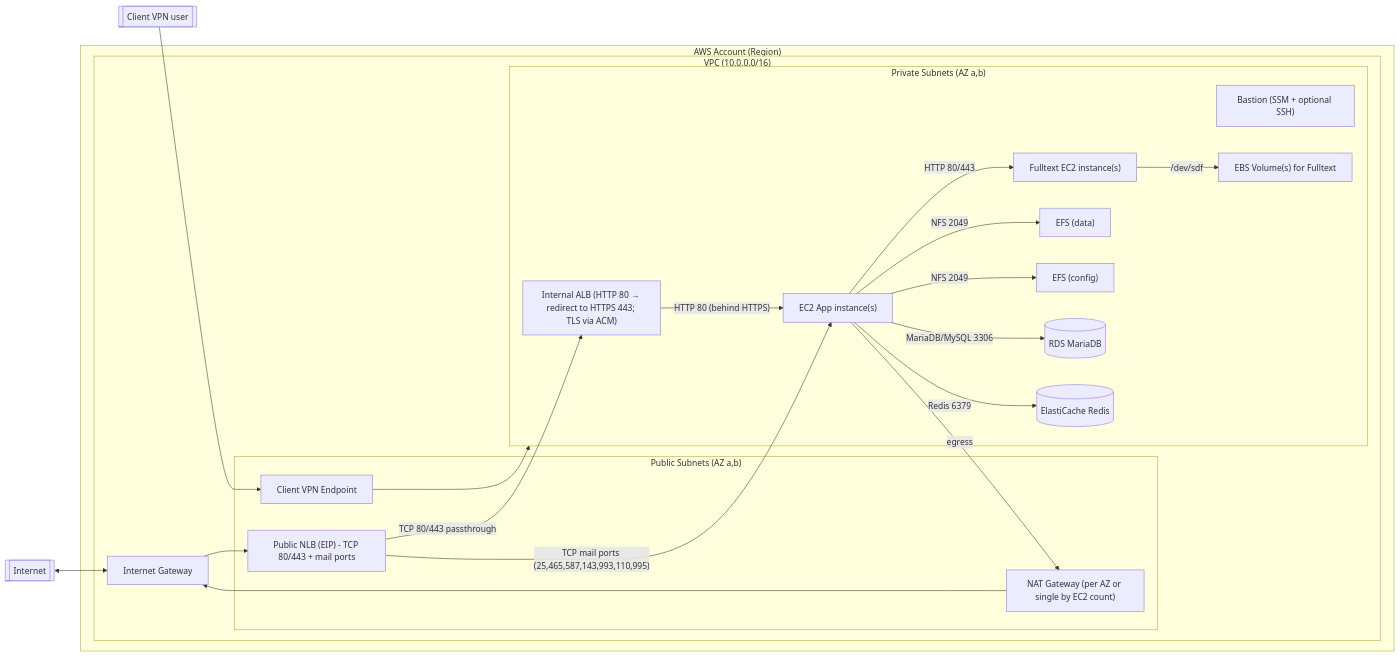
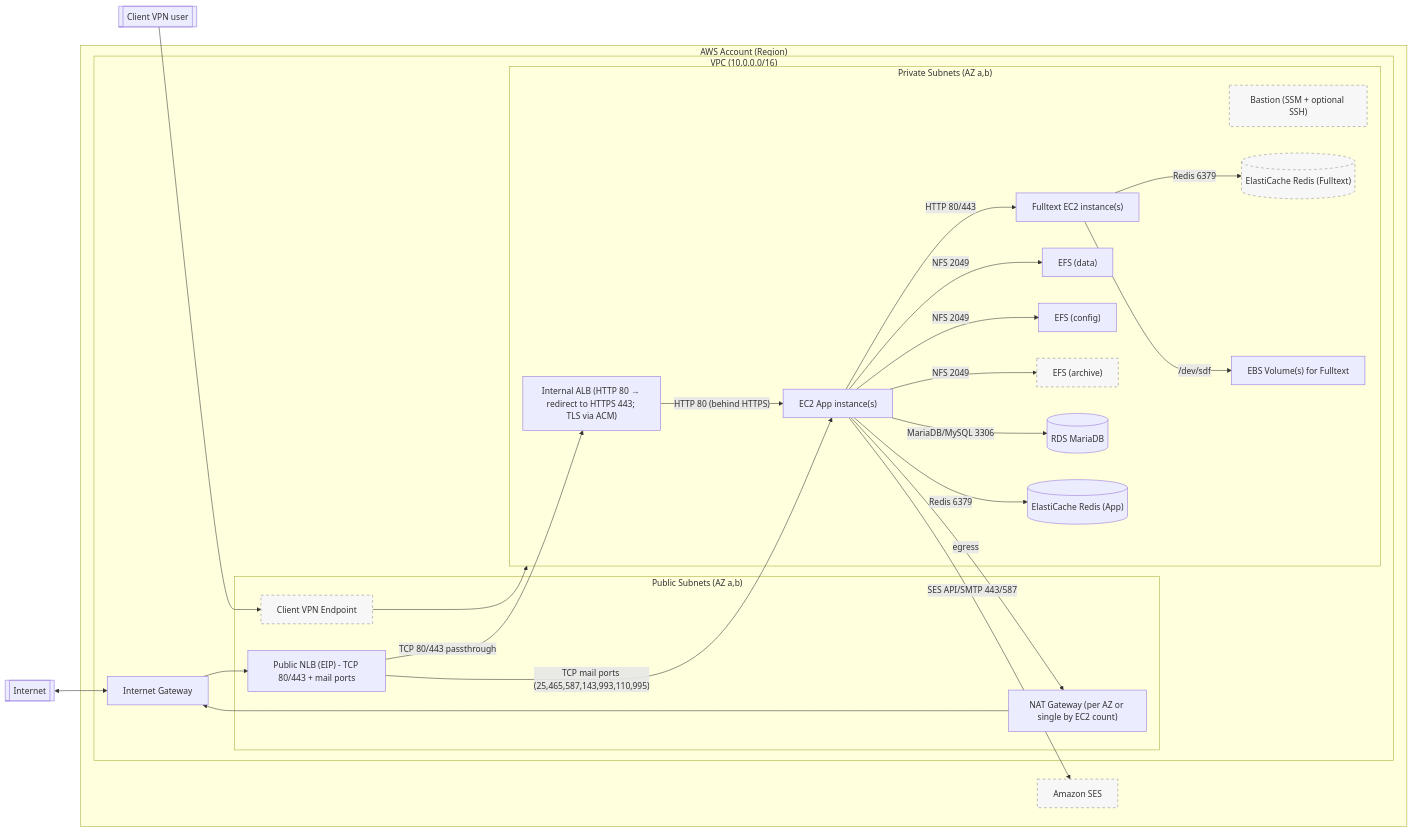
One commit to spetr/iw-terraform changed the diagram in ARCHITECTURE.md. Above: the diagram before and after it, drawn with Mermaid. The commit also changed other lines of this file and 3 other files, not shown here.

Commit message:
optional redis_fulltext

````diff
--- a/ARCHITECTURE.md
+++ b/ARCHITECTURE.md
@@ -5,55 +5,67 @@
 ```mermaid
 flowchart LR
   Internet[[Internet]]
   Client[[Client VPN user]]
 
   subgraph AWS["AWS Account (Region)"]
     subgraph VPC["VPC (10.0.0.0/16)"]
       IGW["Internet Gateway"]
 
       subgraph Public["Public Subnets (AZ a,b)"]
         NLB["Public NLB (EIP) - TCP 80/443 + mail ports"]
         NAT["NAT Gateway (per AZ or single by EC2 count)"]
         CVPN["Client VPN Endpoint"]
       end
 
       subgraph Private["Private Subnets (AZ a,b)"]
         ALB["Internal ALB (HTTP 80 → redirect to HTTPS 443; TLS via ACM)"]
         EC2["EC2 App instance(s)"]
         FT["Fulltext EC2 instance(s)"]
         Bastion["Bastion (SSM + optional SSH)"]
         EFS1["EFS (data)"]
         EFS2["EFS (config)"]
+        EFS3["EFS (archive)"]
         RDS[("RDS MariaDB")]
-        Redis[("ElastiCache Redis")]
+        RedisApp[("ElastiCache Redis (App)")]
+        RedisFT[("ElastiCache Redis (Fulltext)")]
         EBSFT["EBS Volume(s) for Fulltext"]
       end
     end
+    SES["Amazon SES"]
   end
 
   Internet <--> IGW
 
   %% Inbound from Internet
   IGW --> NLB
   NLB -->|"TCP 80/443 passthrough"| ALB
   NLB -->|"TCP mail ports (25,465,587,143,993,110,995)"| EC2
 
   %% Load balancer to EC2
   ALB -->|"HTTP 80 (behind HTTPS)"| EC2
 
   %% East-west inside VPC
   EC2 -- "NFS 2049" --> EFS1
   EC2 -- "NFS 2049" --> EFS2
+  EC2 -- "NFS 2049" --> EFS3
   EC2 -->|"MariaDB/MySQL 3306"| RDS
-  EC2 -->|"Redis 6379"| Redis
+  EC2 -->|"Redis 6379"| RedisApp
+  FT  -->|"Redis 6379"| RedisFT
   EC2 -->|"HTTP 80/443"| FT
+
+  %% App to SES (API/SMTP) – via NAT egress
+  EC2 -->|"SES API/SMTP 443/587"| SES
 
   %% Egress
   EC2 -->|egress| NAT --> IGW
 
   %% Fulltext storage attachment
   FT -- "/dev/sdf" --> EBSFT
 
   %% VPN access into VPC
   Client --> CVPN --> Private
+
+  %% Styling for optional components
+  classDef optional fill:#f7f7f7,stroke:#888,stroke-width:1px,stroke-dasharray: 5 5,color:#333
+  class EFS3,RedisFT,SES,CVPN,Bastion optional
 ```
````
